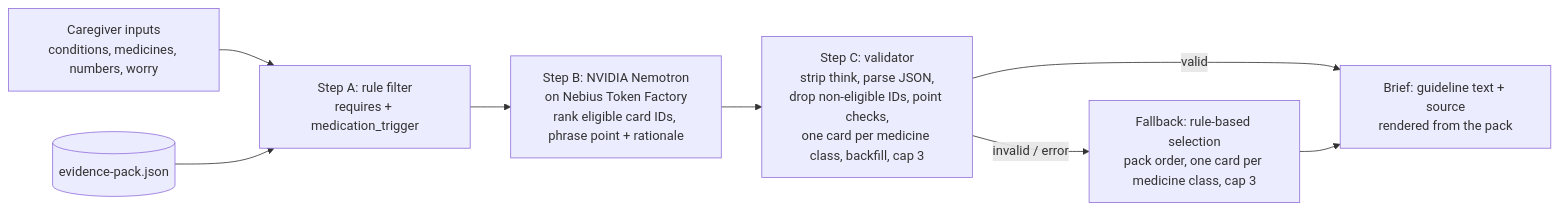
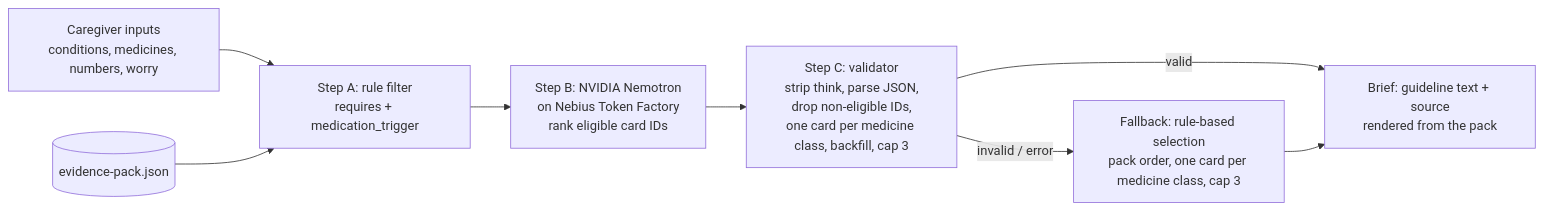
One commit to saebchicago/navigateconditionmap changed the diagram in README.md. Above: the diagram before and after it, drawn with Mermaid. The commit also changed other lines of this file and 1 other file, not shown here.

````diff
--- a/README.md
+++ b/README.md
@@ -13,10 +13,10 @@
 ```mermaid
 flowchart LR
   A[Caregiver inputs<br/>conditions, medicines, numbers, worry] --> B[Step A: rule filter<br/>requires + medication_trigger]
   P[(evidence-pack.json)] --> B
-  B --> C[Step B: NVIDIA Nemotron<br/>on Nebius Token Factory<br/>rank eligible card IDs, phrase point + rationale]
-  C --> D[Step C: validator<br/>strip think, parse JSON,<br/>drop non-eligible IDs, point checks,<br/>one card per medicine class, backfill, cap 3]
+  B --> C[Step B: NVIDIA Nemotron<br/>on Nebius Token Factory<br/>rank eligible card IDs]
+  C --> D[Step C: validator<br/>strip think, parse JSON,<br/>drop non-eligible IDs,<br/>one card per medicine class, backfill, cap 3]
   D -->|valid| E[Brief: guideline text + source<br/>rendered from the pack]
   D -->|invalid / error| F[Fallback: rule-based selection<br/>pack order, one card per medicine class, cap 3]
   F --> E
 ```
````
